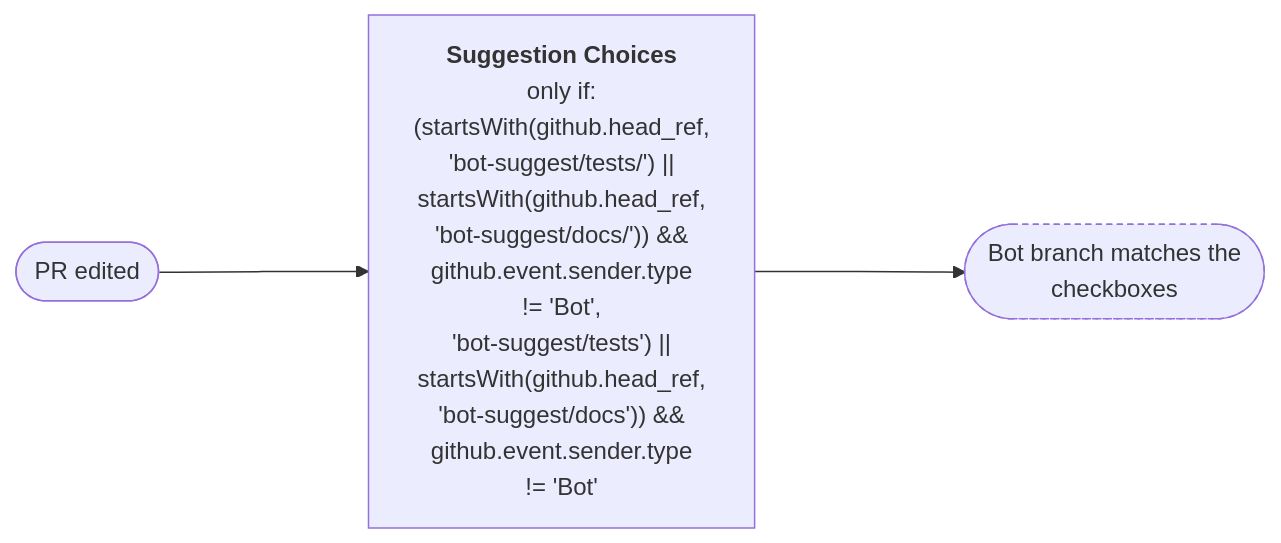
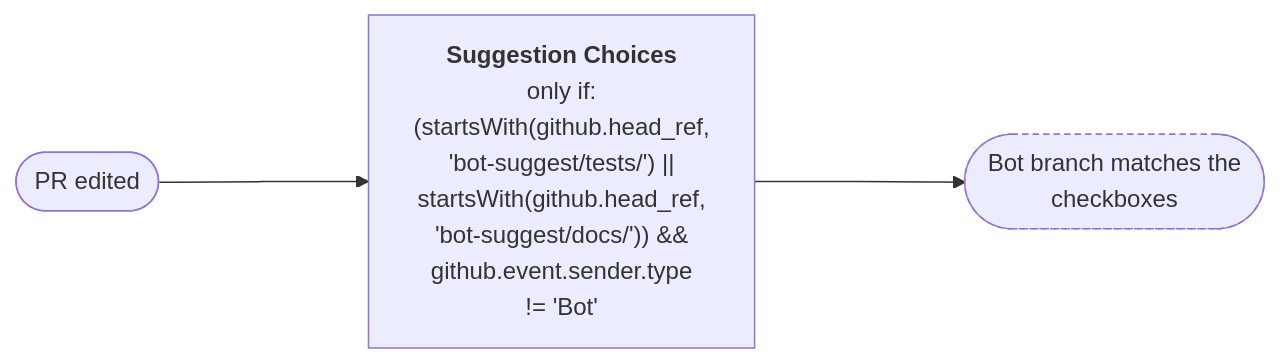
One commit to nfdi4health/dsAnalysis changed the fourth of 9 diagrams in .github/workflow-graphs/README.md. Above: the diagram before and after it, drawn with Mermaid. The commit also changed other lines of this file, not shown here.

Commit message:
docs: update workflow diagrams

````diff
--- a/.github/workflow-graphs/README.md
+++ b/.github/workflow-graphs/README.md
@@ -112,10 +119,10 @@
 ```mermaid
 %%{init: {"flowchart": {"rankSpacing": 140, "nodeSpacing": 45}}}%%
 flowchart LR
   ev(["PR edited"])
-  wf_suggestion_choices_yml["<b>Suggestion Choices</b><br/>only if:<br/>(startsWith(github.head_ref,<br/>'bot-suggest/tests/') ||<br/>startsWith(github.head_ref,<br/>'bot-suggest/docs/')) &&<br/>github.event.sender.type<br/>!= 'Bot',<br/>'bot-suggest/tests') ||<br/>startsWith(github.head_ref,<br/>'bot-suggest/docs')) &&<br/>github.event.sender.type<br/>!= 'Bot'"]
+  wf_suggestion_choices_yml["<b>Suggestion Choices</b><br/>only if:<br/>(startsWith(github.head_ref,<br/>'bot-suggest/tests/') ||<br/>startsWith(github.head_ref,<br/>'bot-suggest/docs/')) &&<br/>github.event.sender.type<br/>!= 'Bot'"]
   ev --> wf_suggestion_choices_yml
   out_1(["Bot branch matches the<br/>checkboxes"]):::outcome
   wf_suggestion_choices_yml --> out_1
   classDef outcome stroke-dasharray: 4 3
 ```
````
